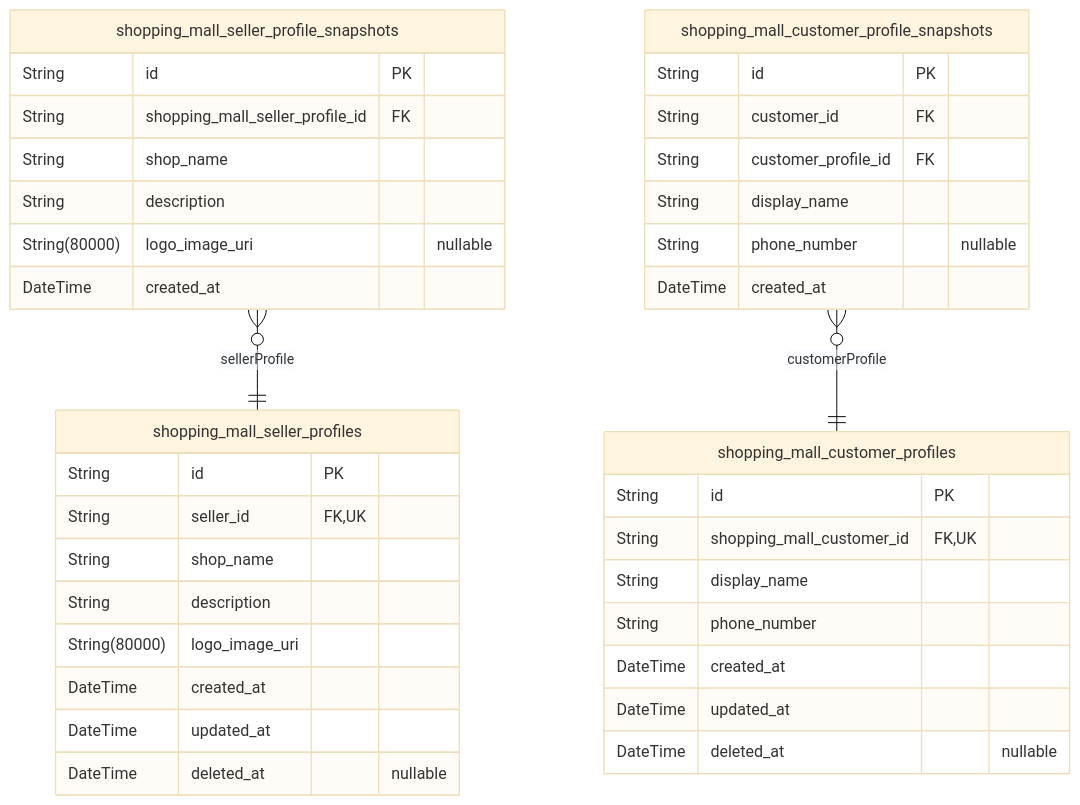
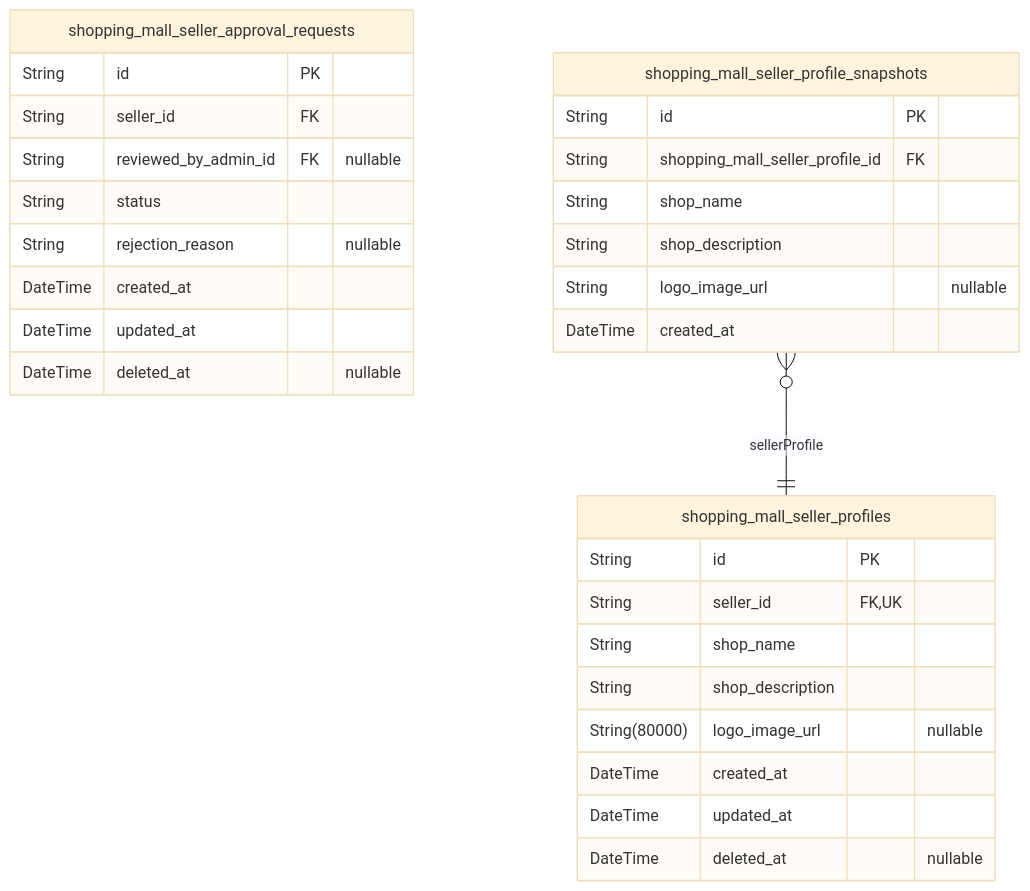
Before and after one commit to wrtnlabs/autobe-examples: the third of 11 diagrams in qwen/qwen3.5-397b-a17b/shopping/docs/ERD.md, drawn with Mermaid (base theme). The commit also changed other lines of this file and 32093 other files, not shown here.

````diff
--- a/qwen/qwen3.5-397b-a17b/shopping/docs/ERD.md
+++ b/qwen/qwen3.5-397b-a17b/shopping/docs/ERD.md
@@ -419,40 +1326,32 @@
 ```mermaid
 erDiagram
-"shopping_mall_customer_profiles" {
+"shopping_mall_seller_profiles" {
   String id PK
-  String shopping_mall_customer_id FK,UK
-  String display_name
-  String phone_number
+  String seller_id FK,UK
+  String shop_name
+  String shop_description
+  String(80000) logo_image_url "nullable"
   DateTime created_at
   DateTime updated_at
   DateTime deleted_at "nullable"
 }
-"shopping_mall_seller_profiles" {
+"shopping_mall_seller_approval_requests" {
   String id PK
-  String seller_id FK,UK
-  String shop_name
-  String description
-  String(80000) logo_image_uri
+  String seller_id FK
+  String reviewed_by_admin_id FK "nullable"
+  String status
+  String rejection_reason "nullable"
   DateTime created_at
   DateTime updated_at
   DateTime deleted_at "nullable"
 }
 "shopping_mall_seller_profile_snapshots" {
   String id PK
   String shopping_mall_seller_profile_id FK
   String shop_name
-  String description
-  String(80000) logo_image_uri "nullable"
-  DateTime created_at
-}
-"shopping_mall_customer_profile_snapshots" {
-  String id PK
-  String customer_id FK
-  String customer_profile_id FK
-  String display_name
-  String phone_number "nullable"
+  String shop_description
+  String logo_image_url "nullable"
   DateTime created_at
 }
 "shopping_mall_seller_profile_snapshots" }o--|| "shopping_mall_seller_profiles" : sellerProfile
-"shopping_mall_customer_profile_snapshots" }o--|| "shopping_mall_customer_profiles" : customerProfile
 ```
````
